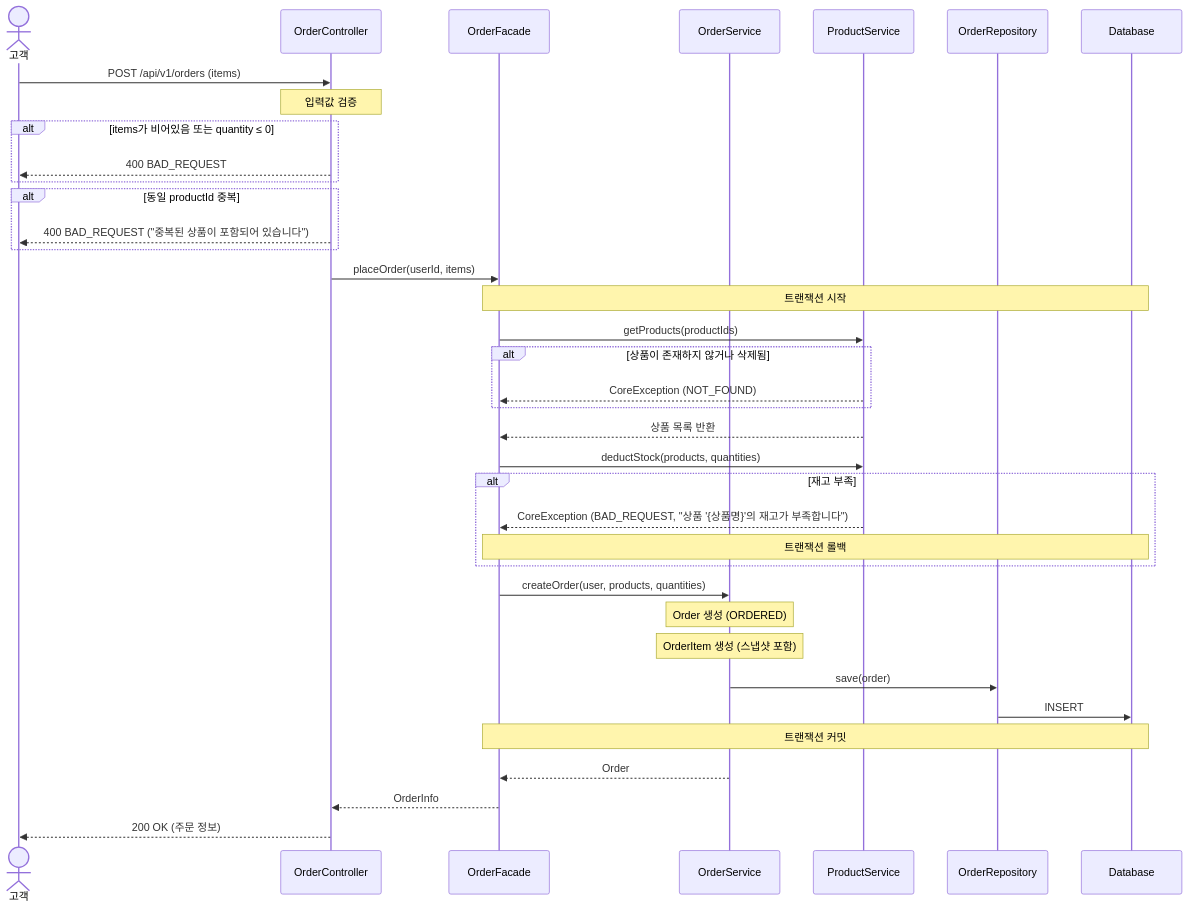
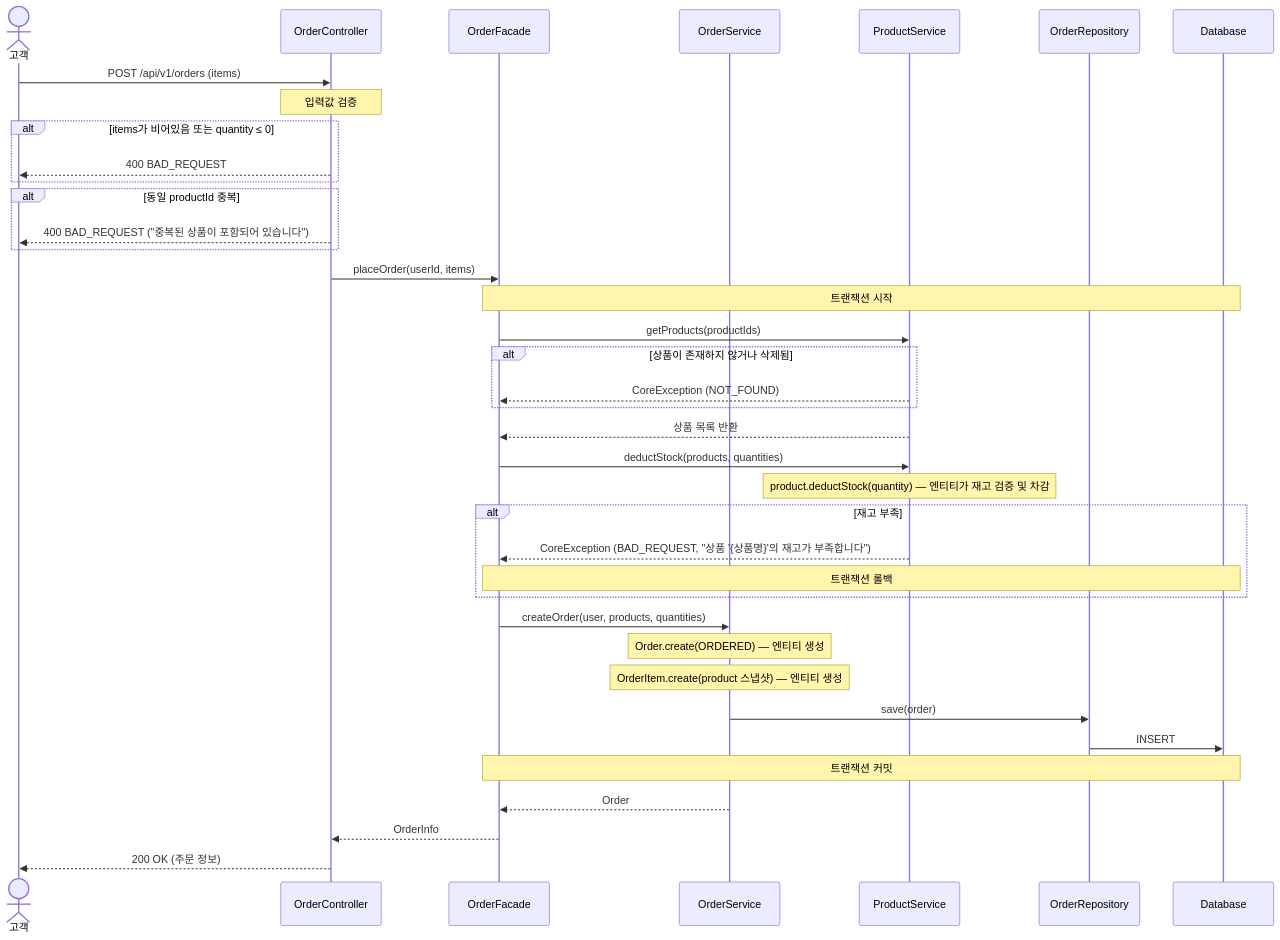
The first of 8 diagrams in docs/design/02-sequence-diagrams.md (Loopers-dev-lab/loop-pack-be-l2-vol3-kotlin), drawn with Mermaid before and after one commit. The commit also changed other lines of this file, not shown here.

First line of the commit message:
docs: 시퀀스 다이어그램에 도메인 객체 행위 명시

````diff
--- a/docs/design/02-sequence-diagrams.md
+++ b/docs/design/02-sequence-diagrams.md
@@ -7,48 +7,49 @@
 ```mermaid
 sequenceDiagram
     actor C as 고객
     participant Ctrl as OrderController
     participant F as OrderFacade
     participant OS as OrderService
     participant PS as ProductService
     participant ORepo as OrderRepository
     participant DB as Database
 
     C->>Ctrl: POST /api/v1/orders (items)
 
     Note over Ctrl: 입력값 검증
     alt items가 비어있음 또는 quantity ≤ 0
         Ctrl-->>C: 400 BAD_REQUEST
     end
     alt 동일 productId 중복
         Ctrl-->>C: 400 BAD_REQUEST ("중복된 상품이 포함되어 있습니다")
     end
 
     Ctrl->>F: placeOrder(userId, items)
 
     Note over F,DB: 트랜잭션 시작
 
     F->>PS: getProducts(productIds)
     alt 상품이 존재하지 않거나 삭제됨
         PS-->>F: CoreException (NOT_FOUND)
     end
     PS-->>F: 상품 목록 반환
 
     F->>PS: deductStock(products, quantities)
+    Note over PS: product.deductStock(quantity) — 엔티티가 재고 검증 및 차감
     alt 재고 부족
         PS-->>F: CoreException (BAD_REQUEST, "상품 '{상품명}'의 재고가 부족합니다")
         Note over F,DB: 트랜잭션 롤백
     end
 
     F->>OS: createOrder(user, products, quantities)
-    Note over OS: Order 생성 (ORDERED)
-    Note over OS: OrderItem 생성 (스냅샷 포함)
+    Note over OS: Order.create(ORDERED) — 엔티티 생성
+    Note over OS: OrderItem.create(product 스냅샷) — 엔티티 생성
     OS->>ORepo: save(order)
     ORepo->>DB: INSERT
 
     Note over F,DB: 트랜잭션 커밋
 
     OS-->>F: Order
     F-->>Ctrl: OrderInfo
     Ctrl-->>C: 200 OK (주문 정보)
 ```
````
